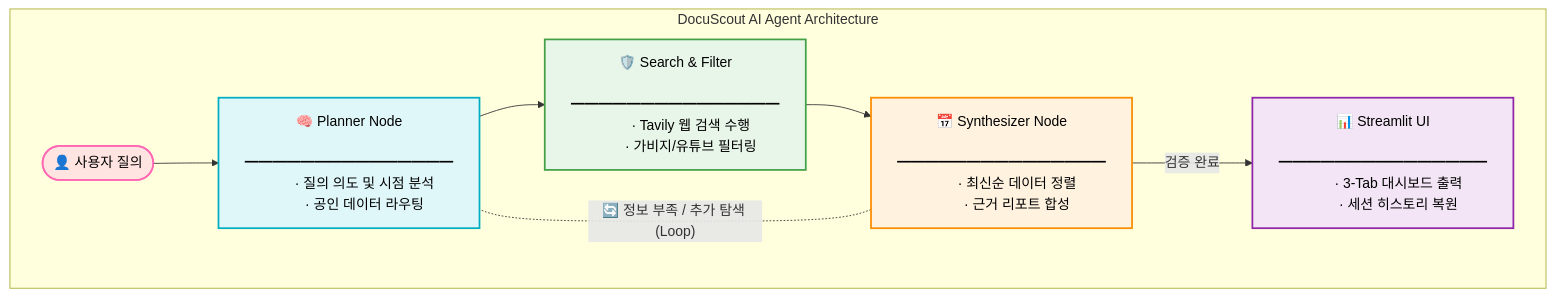
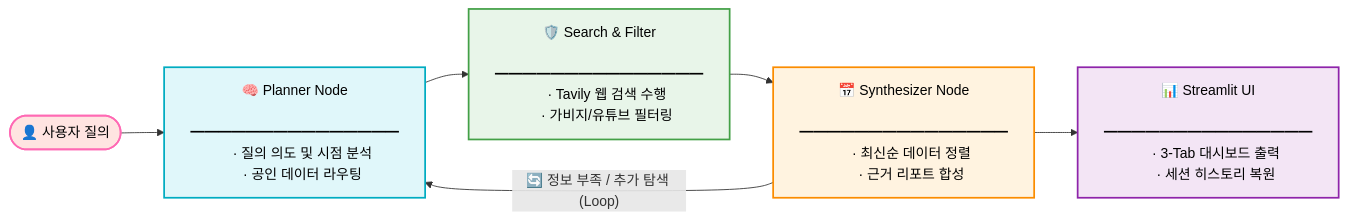
The diagram in README.md (sbg990530/Document-Agent), drawn with Mermaid before and after one commit.

````diff
--- a/README.md
+++ b/README.md
@@ -19,44 +19,39 @@
 ```mermaid
 graph LR
     classDef userStyle fill:#FFE4E1,stroke:#FF69B4,stroke-width:2px,color:#000;
     classDef plannerStyle fill:#E0F7FA,stroke:#00ACC1,stroke-width:2px,color:#000;
     classDef filterStyle fill:#E8F5E9,stroke:#43A047,stroke-width:2px,color:#000;
     classDef synthStyle fill:#FFF3E0,stroke:#FB8C00,stroke-width:2px,color:#000;
     classDef uiStyle fill:#F3E5F5,stroke:#8E24AA,stroke-width:2px,color:#000;
 
-    subgraph DocuScout ["DocuScout AI Agent Architecture"]
-        direction LR
-        
-        A([👤 사용자 질의]):::userStyle 
-        
-        B["🧠 Planner Node
-        ━━━━━━━━━━━━━━━
-        · 질의 의도 및 시점 분석
-        · 공인 데이터 라우팅"]:::plannerStyle
-        
-        C["🛡️ Search & Filter
-        ━━━━━━━━━━━━━━━
-        · Tavily 웹 검색 수행
-        · 가비지/유튜브 필터링"]:::filterStyle
-        
-        D["📅 Synthesizer Node
-        ━━━━━━━━━━━━━━━
-        · 최신순 데이터 정렬
-        · 근거 리포트 합성"]:::synthStyle
-        
-        E["📊 Streamlit UI
-        ━━━━━━━━━━━━━━━
-        · 3-Tab 대시보드 출력
-        · 세션 히스토리 복원"]:::uiStyle
+    A([👤 사용자 질의]):::userStyle 
+    
+    B["🧠 Planner Node
+    ━━━━━━━━━━━━━━━
+    · 질의 의도 및 시점 분석
+    · 공인 데이터 라우팅"]:::plannerStyle
+    
+    C["🛡️ Search & Filter
+    ━━━━━━━━━━━━━━━
+    · Tavily 웹 검색 수행
+    · 가비지/유튜브 필터링"]:::filterStyle
+    
+    D["📅 Synthesizer Node
+    ━━━━━━━━━━━━━━━
+    · 최신순 데이터 정렬
+    · 근거 리포트 합성"]:::synthStyle
+    
+    E["📊 Streamlit UI
+    ━━━━━━━━━━━━━━━
+    · 3-Tab 대시보드 출력
+    · 세션 히스토리 복원"]:::uiStyle
 
-        A --> B
-        B --> C
-        C --> D
-        
-        %% 정방향 검증 완료 흐름
-        D -- "검증 완료" --> E
-        
-        %% 피드백 루프 (아래쪽으로 정돈된 흐름)
-        D -. "🔄 정보 부족 / 추가 탐색 (Loop)" .- B
-    end
+    %% 정방향 파이프라인 흐름
+    A --> B
+    B --> C
+    C --> D
+    D --> E
+    
+    %% LangGraph 피드백 루프 (아래쪽으로 우회)
+    D -- "🔄 정보 부족 / 추가 탐색 (Loop)" --> B
 ```
````
